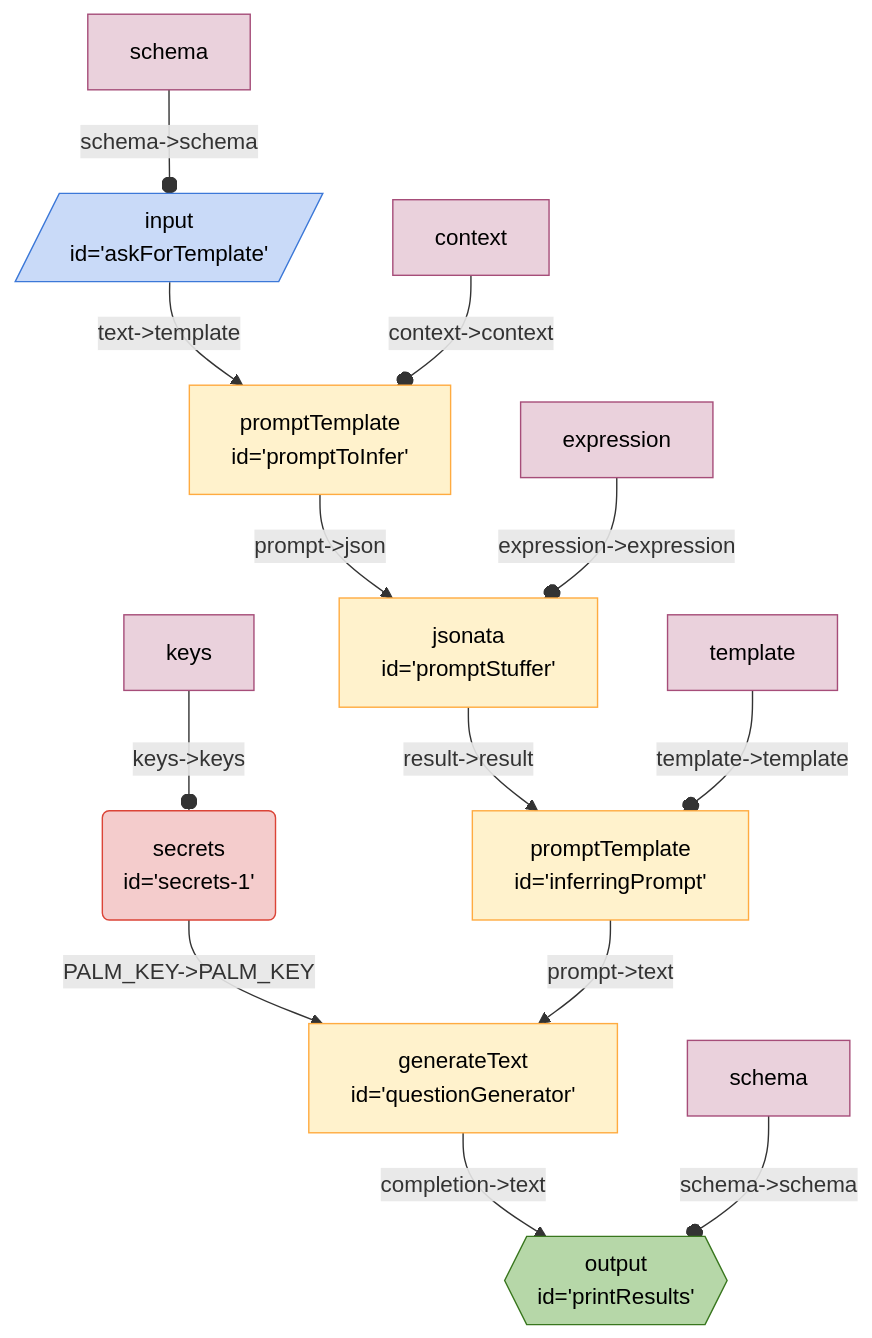
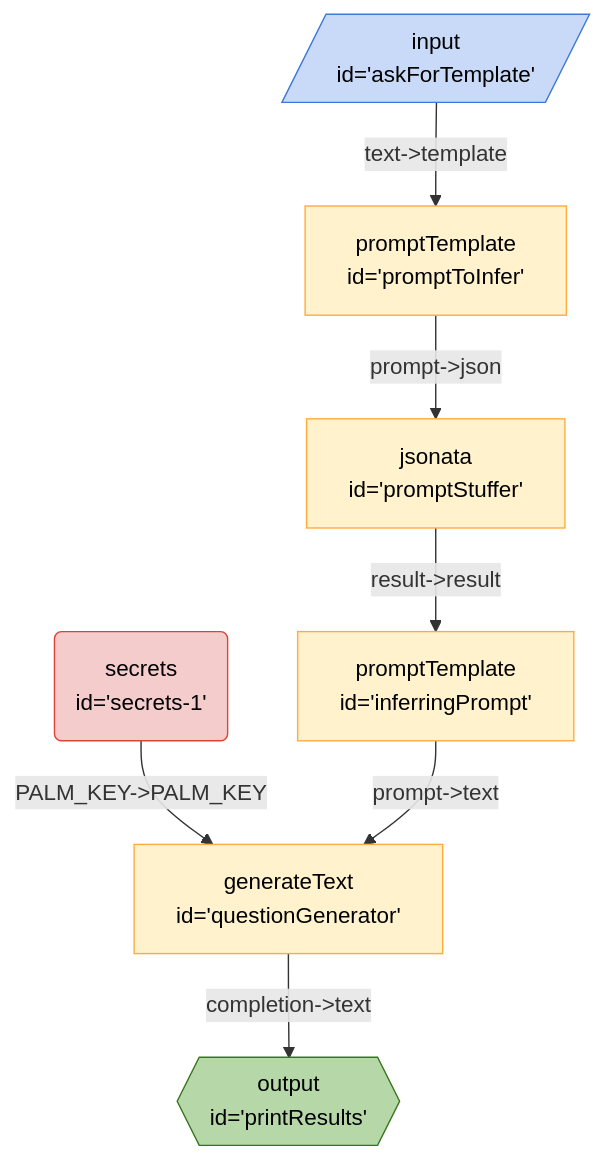
Before and after one commit to breadboard-ai/breadboard: the diagram in seeds/graph-playground/docs/graphs/infer-query.md, drawn with Mermaid. The commit also changed 30 other files, not shown here.

````diff
--- a/seeds/graph-playground/docs/graphs/infer-query.md
+++ b/seeds/graph-playground/docs/graphs/infer-query.md
@@ -5,24 +5,18 @@
   ```mermaid
   %%{init: 'themeVariables': { 'fontFamily': 'Fira Code, monospace' }}%%
 graph TD;
 questionGenerator["generateText <br> id='questionGenerator'"] -- "completion->text" --> printResults{{"output <br> id='printResults'"}}:::output
 secrets1("secrets <br> id='secrets-1'"):::secrets -- "PALM_KEY->PALM_KEY" --> questionGenerator["generateText <br> id='questionGenerator'"]
 inferringPrompt["promptTemplate <br> id='inferringPrompt'"] -- "prompt->text" --> questionGenerator["generateText <br> id='questionGenerator'"]
 promptStuffer["jsonata <br> id='promptStuffer'"] -- "result->result" --> inferringPrompt["promptTemplate <br> id='inferringPrompt'"]
 promptToInfer["promptTemplate <br> id='promptToInfer'"] -- "prompt->json" --> promptStuffer["jsonata <br> id='promptStuffer'"]
 askForTemplate[/"input <br> id='askForTemplate'"/]:::input -- "text->template" --> promptToInfer["promptTemplate <br> id='promptToInfer'"]
-schemaaskForTemplate[schema]:::config -- "schema->schema" --o askForTemplate
-schemaprintResults[schema]:::config -- "schema->schema" --o printResults
-contextpromptToInfer[context]:::config -- "context->context" --o promptToInfer
-templateinferringPrompt[template]:::config -- "template->template" --o inferringPrompt
-expressionpromptStuffer[expression]:::config -- "expression->expression" --o promptStuffer
-keyssecrets1[keys]:::config -- "keys->keys" --o secrets1
 classDef default stroke:#ffab40,fill:#fff2ccff,color:#000
 classDef input stroke:#3c78d8,fill:#c9daf8ff,color:#000
 classDef output stroke:#38761d,fill:#b6d7a8ff,color:#000
 classDef passthrough stroke:#a64d79,fill:#ead1dcff,color:#000
 classDef slot stroke:#a64d79,fill:#ead1dcff,color:#000
 classDef config stroke:#a64d79,fill:#ead1dcff,color:#000
 classDef secrets stroke:#db4437,fill:#f4cccc,color:#000
 classDef slotted stroke:#a64d79
   ```
````
